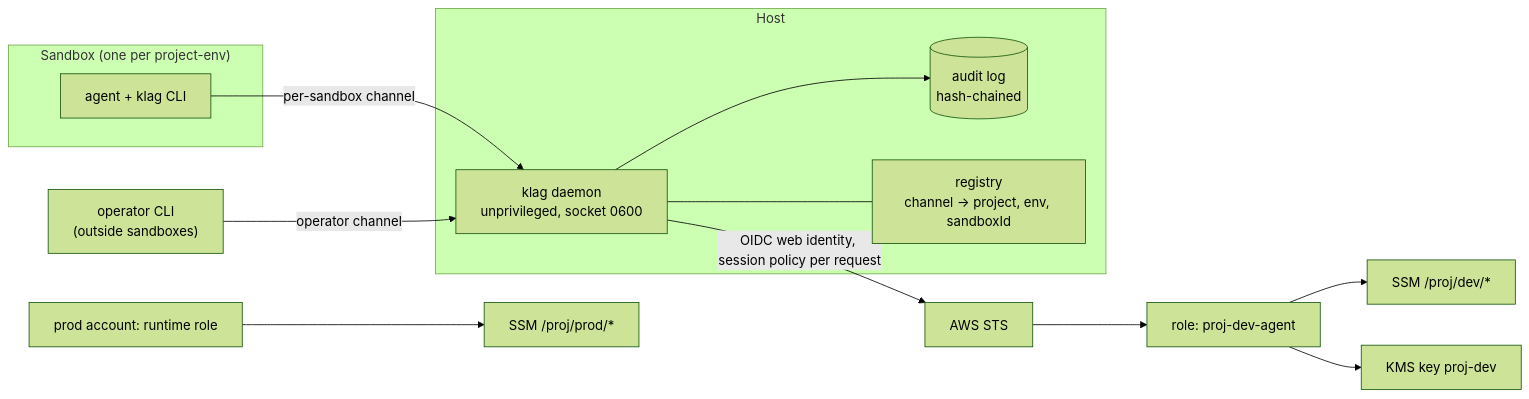
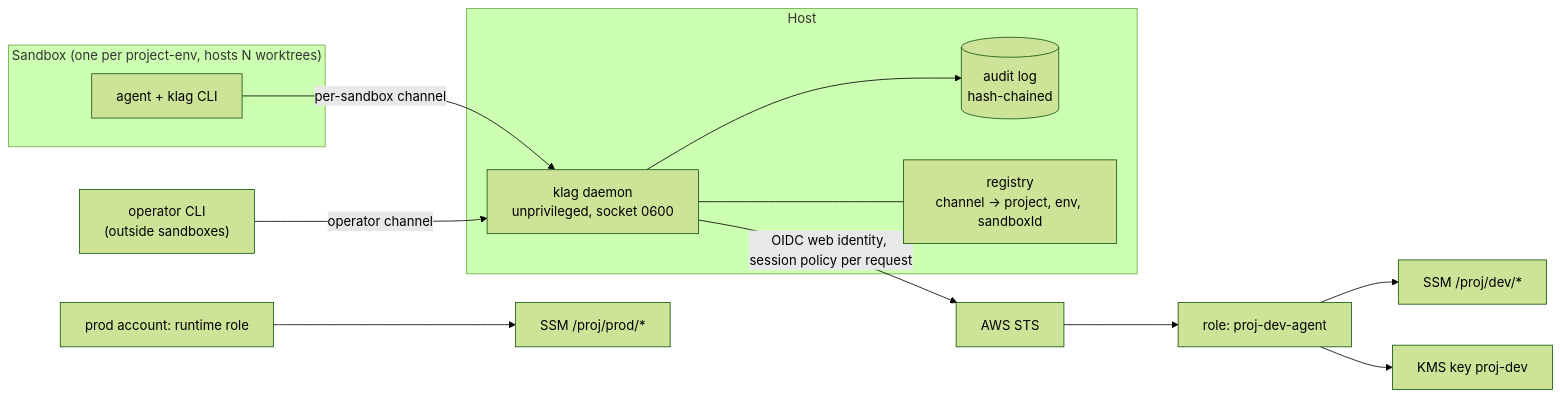
The first of 2 diagrams in SPEC.md (solidareasy/keyless-agents), drawn with Mermaid (forest theme) before and after one commit. The commit also changed other lines of this file and 1 other file, not shown here.

Commit message:
docs: one sandbox per project-env and flat agent namespace

````diff
--- a/SPEC.md
+++ b/SPEC.md
@@ -19,21 +19,21 @@
 ```mermaid
 flowchart LR
   subgraph Host
     D["klag daemon<br/>unprivileged, socket 0600"]
     L[("audit log<br/>hash-chained")]
     R["registry<br/>channel → project, env, sandboxId"]
   end
-  subgraph SB["Sandbox (one per project-env)"]
+  subgraph SB["Sandbox (one per project-env, hosts N worktrees)"]
     AG["agent + klag CLI"]
   end
   OP["operator CLI<br/>(outside sandboxes)"]
   AG -- "per-sandbox channel" --> D
   OP -- "operator channel" --> D
   D --- R
   D --> L
   D -- "OIDC web identity, session policy per request" --> STS[AWS STS]
   STS --> ROLE["role: proj-dev-agent"]
   ROLE --> SSM["SSM /proj/dev/*"]
   ROLE --> KMS["KMS key proj-dev"]
   PRODROLE["prod account: runtime role"] --> SSMP["SSM /proj/prod/*"]
 ```
````
